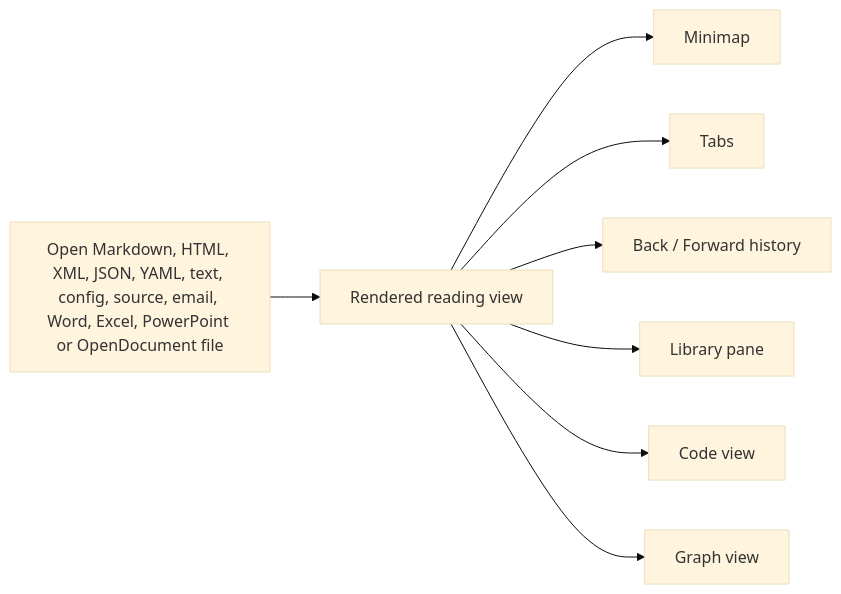
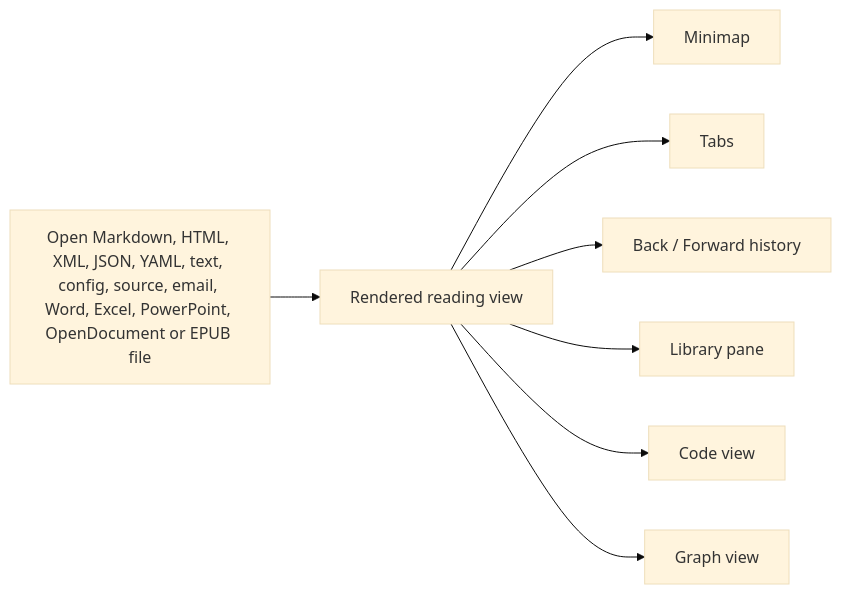
The diagram in docs/01-introduction.md (ryanallen/leaftext), drawn with Mermaid (base theme) before and after one commit. The commit also changed other lines of this file and 14 other files, not shown here.

````diff
--- a/docs/01-introduction.md
+++ b/docs/01-introduction.md
@@ -74,10 +75,10 @@
 ```mermaid
 flowchart LR
-    A[Open Markdown, HTML, XML, JSON, YAML, text, config, source, email, Word, Excel, PowerPoint or OpenDocument file] --> B[Rendered reading view]
+    A[Open Markdown, HTML, XML, JSON, YAML, text, config, source, email, Word, Excel, PowerPoint, OpenDocument or EPUB file] --> B[Rendered reading view]
     B --> C[Minimap]
     B --> D[Tabs]
     B --> E[Back / Forward history]
     B --> F[Library pane]
     B --> G[Code view]
     B --> H[Graph view]
 ```
````
